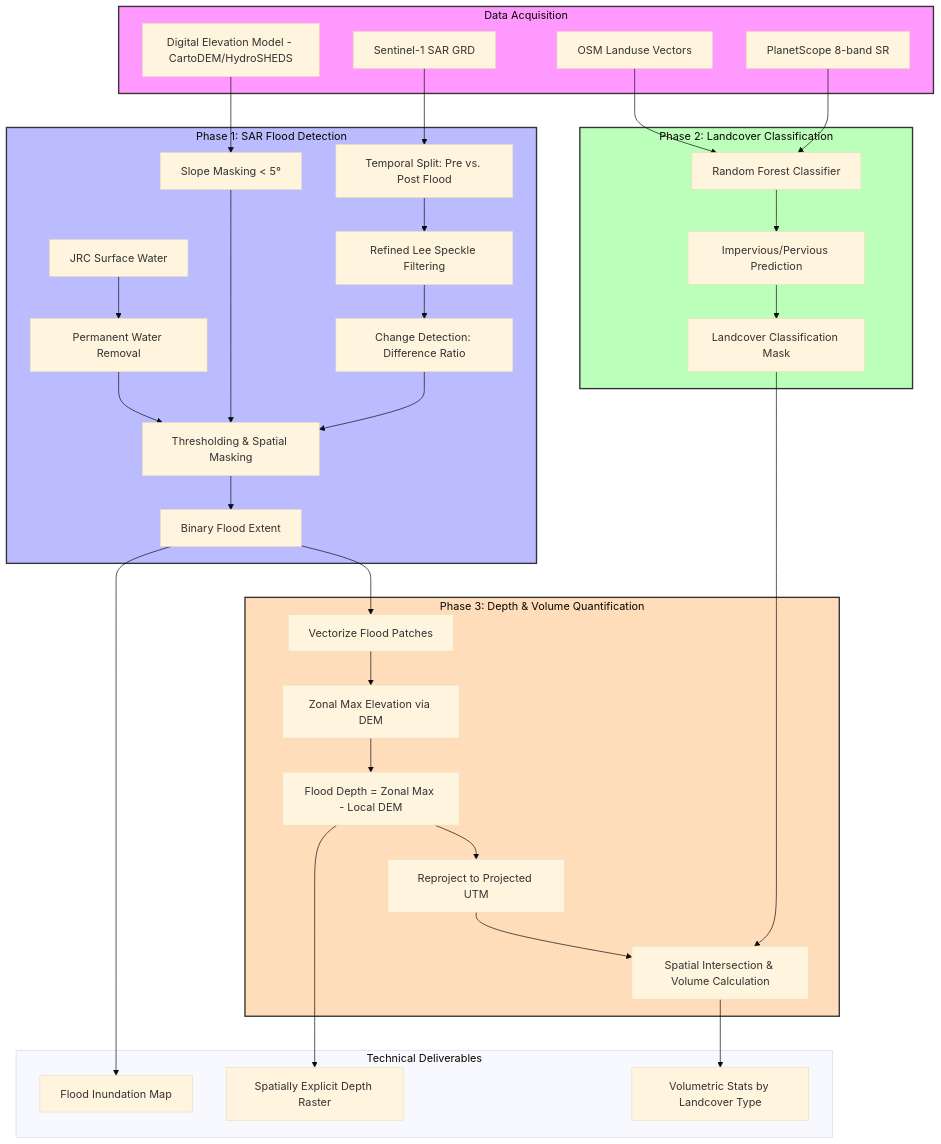
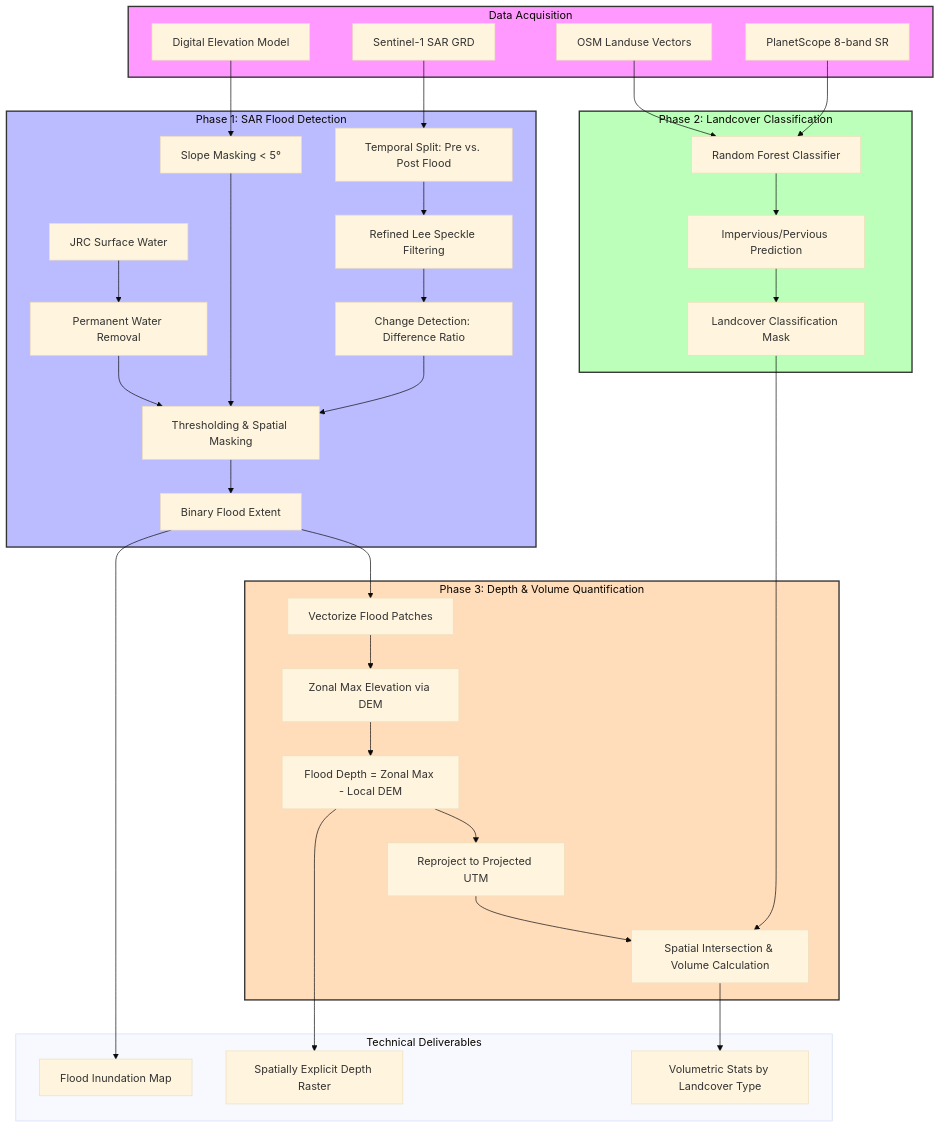
Before and after one commit to spradar999/UrbanFloodSense: the diagram in README.md, drawn with Mermaid (base theme). The commit also changed other lines of this file, not shown here.

````diff
--- a/README.md
+++ b/README.md
@@ -15,48 +15,48 @@
 ```mermaid
 graph TD
     subgraph Data_Acquisition [Data Acquisition]
         S1[Sentinel-1 SAR GRD]
         PS[PlanetScope 8-band SR]
-        DEM[Digital Elevation Model - CartoDEM/HydroSHEDS]
+        DEM[Digital Elevation Model]
         VEC[OSM Landuse Vectors]
     end
 
     subgraph SAR_Processing [Phase 1: SAR Flood Detection]
         S1 --> S1_Split[Temporal Split: Pre vs. Post Flood]
         S1_Split --> S1_Filt[Refined Lee Speckle Filtering]
         S1_Filt --> S1_Diff[Change Detection: Difference Ratio]
         S1_Diff --> S1_Threshold[Thresholding & Spatial Masking]
         DEM --> Slope[Slope Masking < 5°]
         GSW[JRC Surface Water] --> Perm[Permanent Water Removal]
         Slope --> S1_Threshold
         Perm --> S1_Threshold
         S1_Threshold --> Flood_Mask[Binary Flood Extent]
     end
 
     subgraph LULC_Classification [Phase 2: Landcover Classification]
         PS --> RF_Train[Random Forest Classifier]
         VEC --> RF_Train
         RF_Train --> RF_Predict[Impervious/Pervious Prediction]
         RF_Predict --> LULC_Mask[Landcover Classification Mask]
     end
 
     subgraph Impact_Analysis [Phase 3: Depth & Volume Quantification]
         Flood_Mask --> Vectorize[Vectorize Flood Patches]
         Vectorize --> Zonal[Zonal Max Elevation via DEM]
         Zonal --> Depth_Calc[Flood Depth = Zonal Max - Local DEM]
         Depth_Calc --> CRS[Reproject to Projected UTM]
         LULC_Mask --> Vol_Calc[Spatial Intersection & Volume Calculation]
         CRS --> Vol_Calc
     end
 
     subgraph Outputs [Technical Deliverables]
         Flood_Mask --> Out1[Flood Inundation Map]
         Depth_Calc --> Out2[Spatially Explicit Depth Raster]
         Vol_Calc --> Out3[Volumetric Stats by Landcover Type]
     end
 
     style Data_Acquisition fill:#f9f,stroke:#333,stroke-width:2px
     style SAR_Processing fill:#bbf,stroke:#333,stroke-width:2px
     style LULC_Classification fill:#bfb,stroke:#333,stroke-width:2px
     style Impact_Analysis fill:#fdb,stroke:#333,stroke-width:2px
 ```
````
